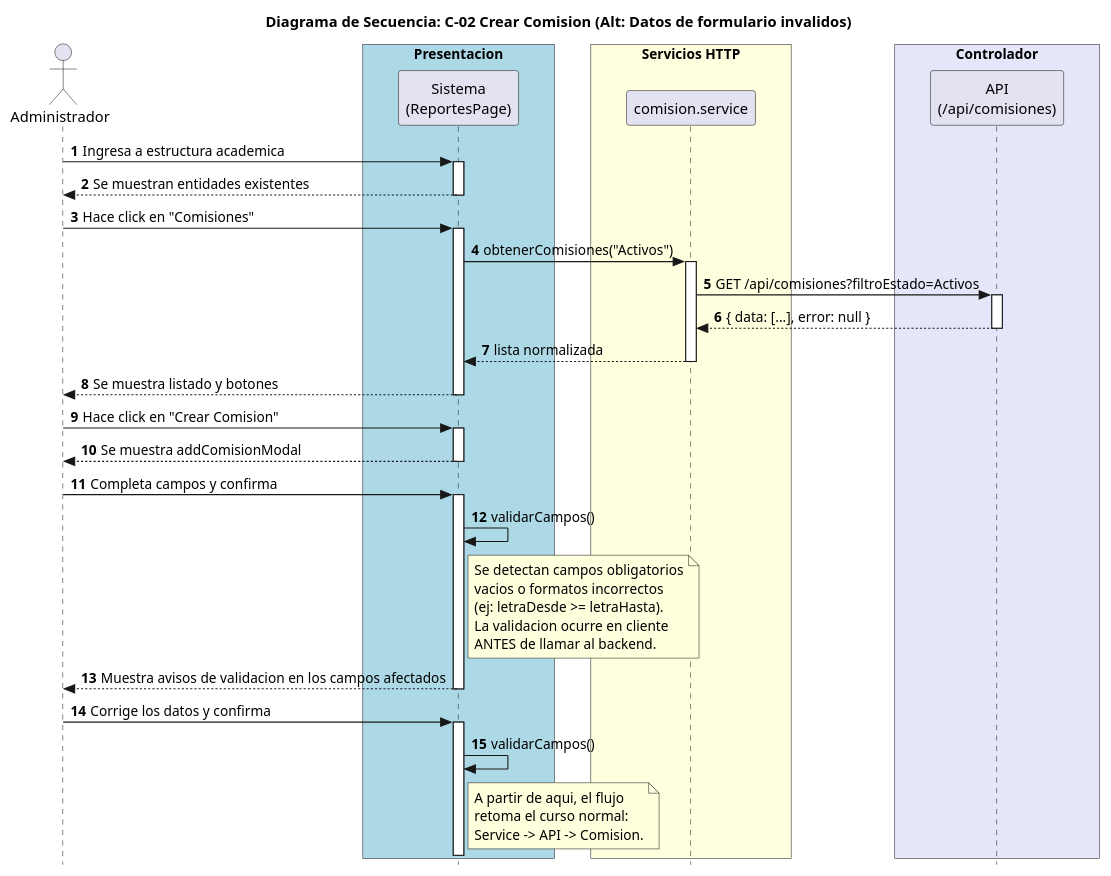
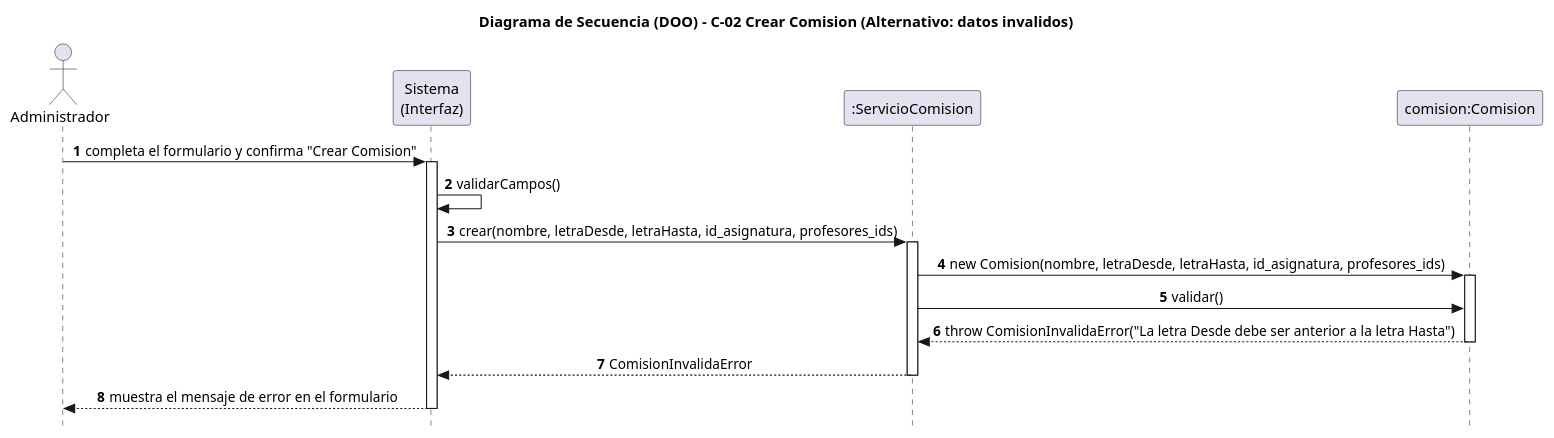
Before and after one commit to SantiagoScetti/sic-unne-admin: the diagram in docs/puml/actualizacion_claude/C-02 Crear Comision (Datos de formulario invalidos).puml, drawn with PlantUML. The commit also changed 49 other files, not shown here.

Commit message:
Código: un solo patrón (Estado), legacy borrado, 38 tests pasando. Diagramas de secuencia DOO + trazabilidad, diagrama de clases con recuadro, mapa del repo, README de tests

```diff
--- a/docs/puml/actualizacion_claude/C-02 Crear Comision (Datos de formulario invalidos).puml
+++ b/docs/puml/actualizacion_claude/C-02 Crear Comision (Datos de formulario invalidos).puml
@@ -1,74 +1,38 @@
 @startuml
+title Diagrama de Secuencia (DOO) - C-02 Crear Comision (Alternativo: datos invalidos)
 
-title Diagrama de Secuencia: C-02 Crear Comision (Alt: Datos de formulario invalidos)
+' La presentacion valida primero (validarCampos). Si un dato rompe una regla de
+' negocio (ej. letra Desde no anterior a letra Hasta), la propia entidad Comision
+' lo rechaza en validar() lanzando ComisionInvalidaError: la entidad protege su
+' invariante (responsabilidad unica).
 
 skinparam style strictuml
-skinparam ParticipantPadding 30
-skinparam BoxPadding 12
-
+skinparam sequenceMessageAlign center
+hide footbox
 autonumber
 
-actor Administrador
+actor Administrador as Admin
 
-box "Presentacion" #LightBlue
-  participant "Sistema\n(ReportesPage)" as Interfaz
-end box
+participant "Sistema\n(Interfaz)"        as UI
+participant ":ServicioComision"          as Serv
+participant "comision:Comision"          as Com
 
-box "Servicios HTTP" #LightYellow
-  participant "comision.service" as Service
-end box
+Admin -> UI : completa el formulario y confirma "Crear Comision"
+activate UI
+UI -> UI : validarCampos()
 
-box "Controlador" #Lavender
-  participant "API\n(/api/comisiones)" as API
-end box
+UI -> Serv : crear(nombre, letraDesde, letraHasta, id_asignatura, profesores_ids)
+activate Serv
 
-Administrador -> Interfaz: Ingresa a estructura academica
-activate Interfaz
-Interfaz --> Administrador: Se muestran entidades existentes
-deactivate Interfaz
+Serv -> Com : new Comision(nombre, letraDesde, letraHasta, id_asignatura, profesores_ids)
+activate Com
+Serv -> Com : validar()
+Com --> Serv : throw ComisionInvalidaError("La letra Desde debe ser anterior a la letra Hasta")
+deactivate Com
 
-Administrador -> Interfaz: Hace click en "Comisiones"
-activate Interfaz
-Interfaz -> Service: obtenerComisiones("Activos")
-activate Service
-Service -> API: GET /api/comisiones?filtroEstado=Activos
-activate API
-API --> Service: { data: [...], error: null }
-deactivate API
-Service --> Interfaz: lista normalizada
-deactivate Service
-Interfaz --> Administrador: Se muestra listado y botones
-deactivate Interfaz
-
-Administrador -> Interfaz: Hace click en "Crear Comision"
-activate Interfaz
-Interfaz --> Administrador: Se muestra addComisionModal
-deactivate Interfaz
-
-Administrador -> Interfaz: Completa campos y confirma
-activate Interfaz
-
-Interfaz -> Interfaz: validarCampos()
-
-note right of Interfaz
-  Se detectan campos obligatorios
-  vacios o formatos incorrectos
-  (ej: letraDesde >= letraHasta).
-  La validacion ocurre en cliente
-  ANTES de llamar al backend.
-end note
-
-Interfaz --> Administrador: Muestra avisos de validacion en los campos afectados
-deactivate Interfaz
-
-Administrador -> Interfaz: Corrige los datos y confirma
-activate Interfaz
-Interfaz -> Interfaz: validarCampos()
-
-note right of Interfaz
-  A partir de aqui, el flujo
-  retoma el curso normal:
-  Service -> API -> Comision.
-end note
+Serv --> UI : ComisionInvalidaError
+deactivate Serv
+UI --> Admin : muestra el mensaje de error en el formulario
+deactivate UI
 
 @enduml
```
